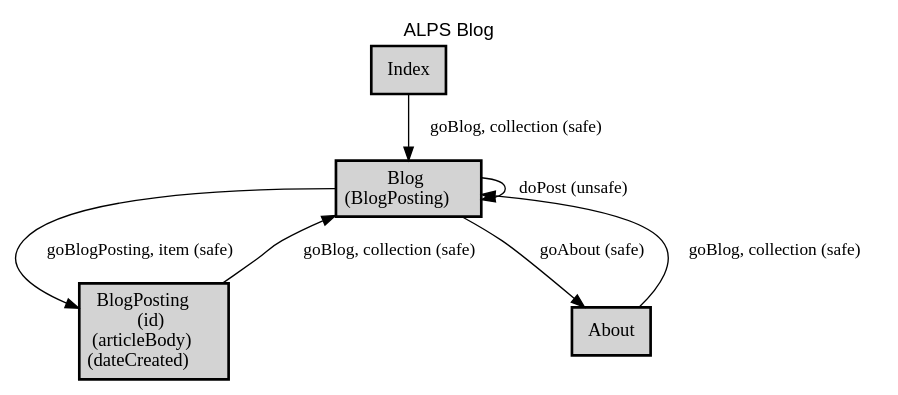
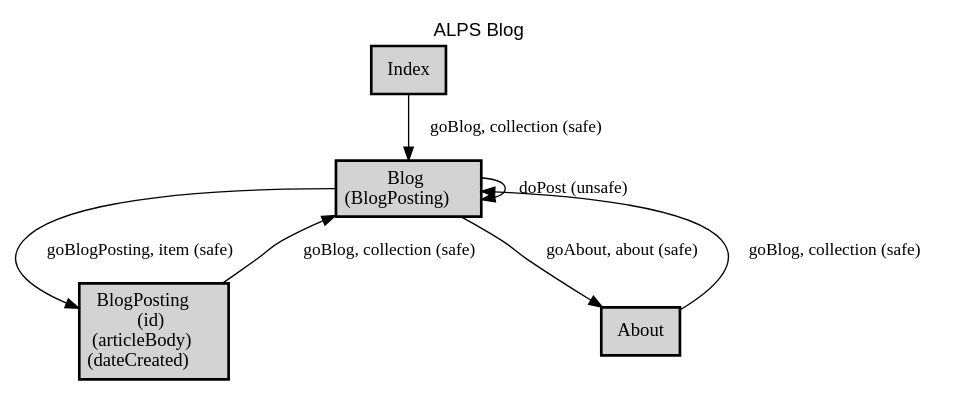
One commit to alps-asd/app-state-diagram changed the diagram in docs/blog/profile.dot. Above: the diagram before and after it, drawn with Graphviz. The commit also changed 17 other files, not shown here.

```diff
--- a/docs/blog/profile.dot
+++ b/docs/blog/profile.dot
@@ -1,23 +1,23 @@
 digraph application_state_diagram {
   graph [
     labelloc="t";
     fontname="Helvetica"
     label="ALPS Blog";
     URL="index.html" target="_parent"
   ];
   node [shape = box, style = "bold,filled" fillcolor="lightgray"];
 
     Blog [margin=0.02, label=<<table cellspacing="0" cellpadding="5" border="0"><tr><td>Blog<br />(BlogPosting)<br /></td></tr></table>>,shape=box URL="docs/semantic.Blog.html" target="_parent"]
     BlogPosting [margin=0.02, label=<<table cellspacing="0" cellpadding="5" border="0"><tr><td>BlogPosting<br />(id)<br />(articleBody)<br />(dateCreated)<br /></td></tr></table>>,shape=box URL="docs/semantic.BlogPosting.html" target="_parent"]
 
     About -> Blog [label = "goBlog, collection (safe)" URL="docs/safe.goBlog.html" target="_parent" fontsize=13];
-    Blog -> About [label = "goAbout (safe)" URL="docs/safe.goAbout.html" target="_parent" fontsize=13];
+    Blog -> About [label = "goAbout, about (safe)" URL="docs/safe.goAbout.html" target="_parent" fontsize=13];
     Blog -> Blog [label = "doPost (unsafe)" URL="docs/unsafe.doPost.html" target="_parent" fontsize=13];
     Blog -> BlogPosting [label = "goBlogPosting, item (safe)" URL="docs/safe.goBlogPosting.html" target="_parent" fontsize=13];
     BlogPosting -> Blog [label = "goBlog, collection (safe)" URL="docs/safe.goBlog.html" target="_parent" fontsize=13];
     Index -> Blog [label = "goBlog, collection (safe)" URL="docs/safe.goBlog.html" target="_parent" fontsize=13];
 
     About [URL="docs/semantic.About.html" target="_parent"]
     Index [URL="docs/semantic.Index.html" target="_parent"]
 
 }
```
